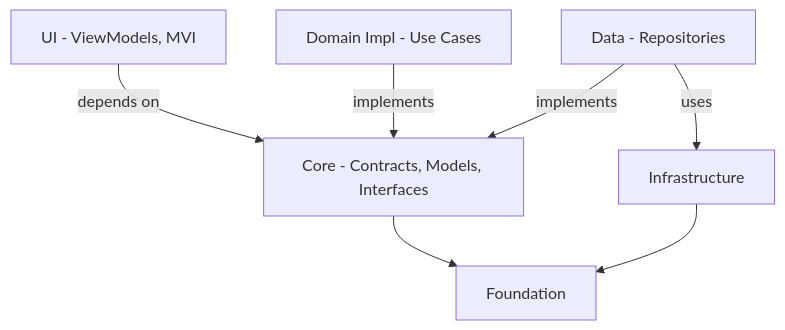
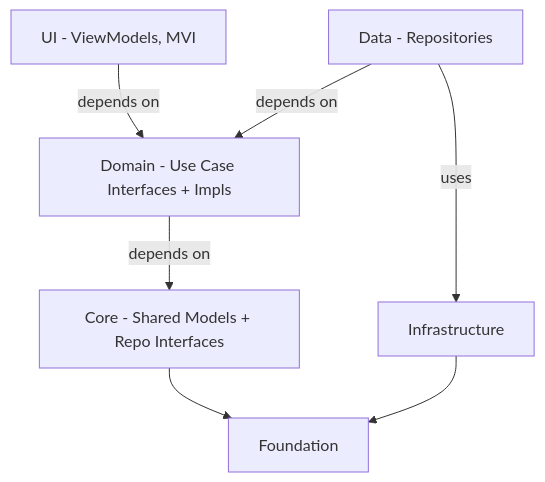
Before and after one commit to Ashanen/Castociasto: the fifth of 11 diagrams in README.md, drawn with Mermaid. The commit also changed other lines of this file, not shown here.

Commit message:
Update README: UI -> Domain <- Data diagrams, single-feature and cross-feature examples

````diff
--- a/README.md
+++ b/README.md
@@ -197,11 +191,9 @@
 ```mermaid
 graph TB
-    UI[UI - ViewModels, MVI] -->|depends on| Core
-    DomImpl[Domain Impl - Use Cases] -->|implements| Core
-    Data[Data - Repositories] -->|implements| Core
-
-    Core[Core - Contracts, Models, Interfaces]
+    UI[UI - ViewModels, MVI] -->|depends on| Domain
+    Data[Data - Repositories] -->|depends on| Domain
+    Domain[Domain - Use Case Interfaces + Impls] -->|depends on| Core[Core - Shared Models + Repo Interfaces]
     Core --> Found[Foundation]
     Data -->|uses| Infra[Infrastructure]
     Infra --> Found
 ```
````
